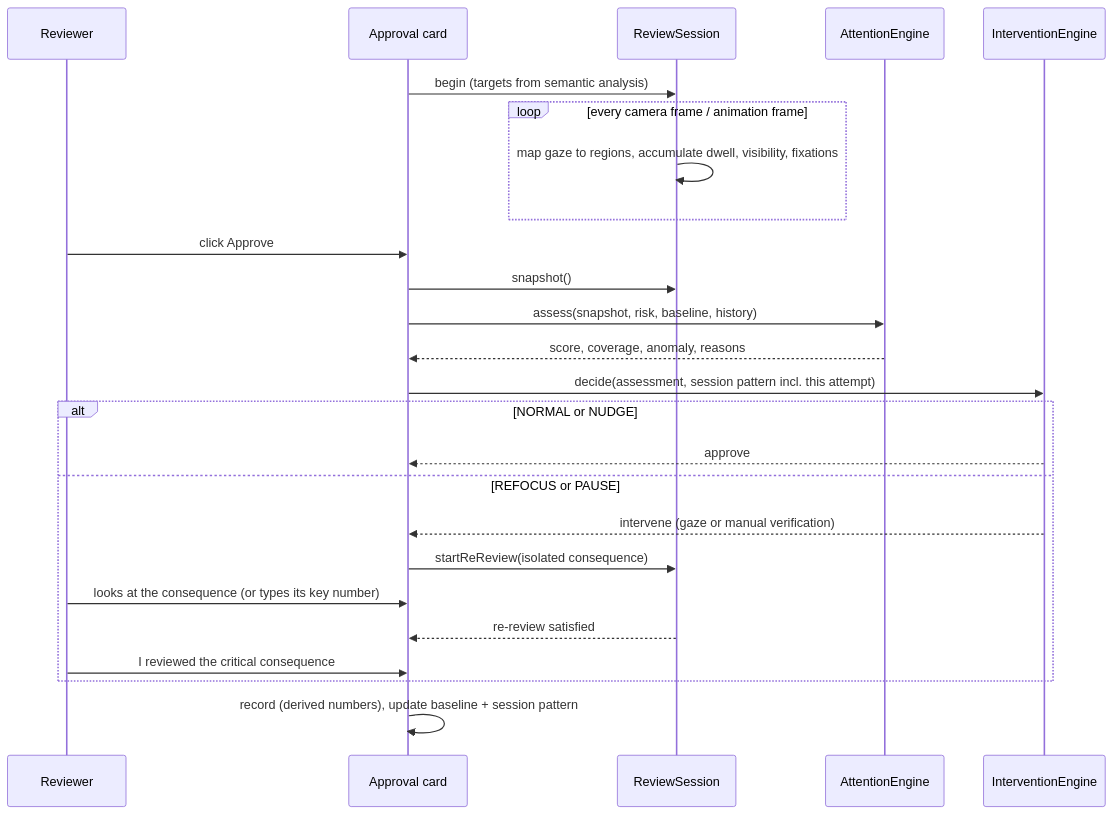
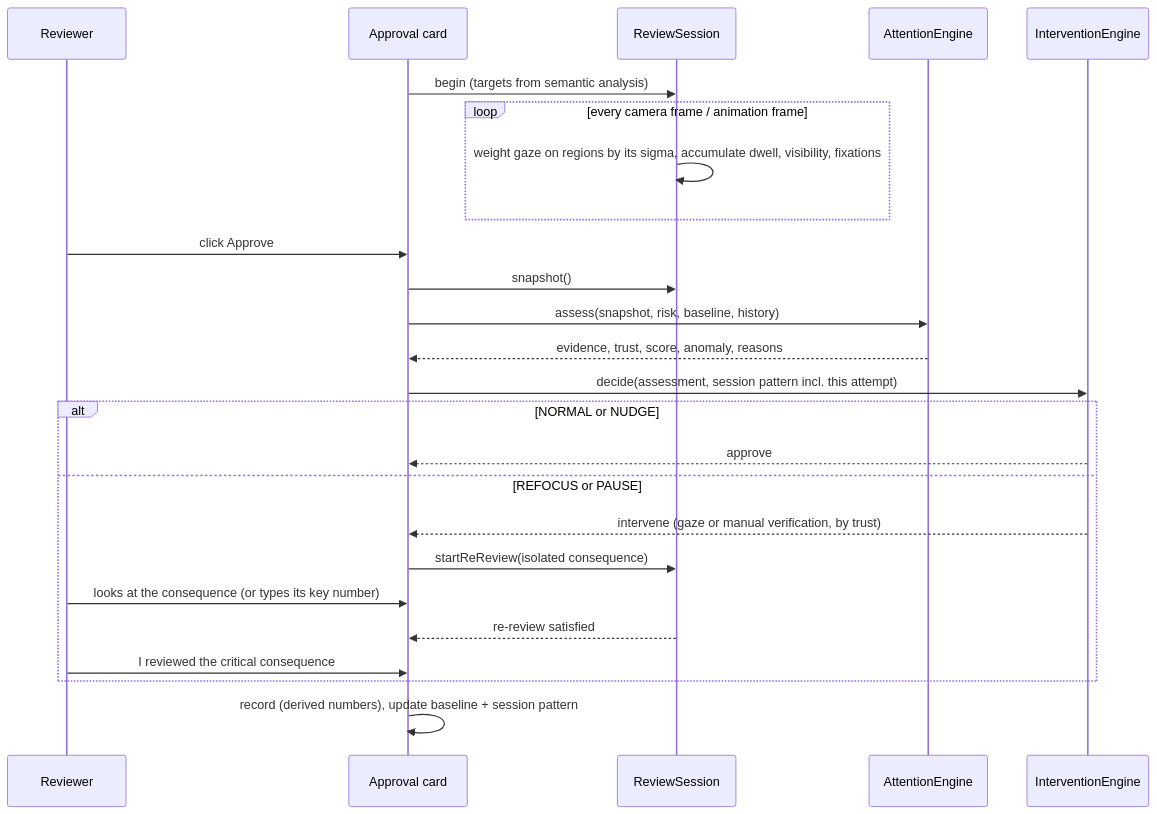
Before and after one commit to bilal-feroz/OverSight: the third of 4 diagrams in docs/ARCHITECTURE.md, drawn with Mermaid. The commit also changed other lines of this file and 12 other files, not shown here.

````diff
--- a/docs/ARCHITECTURE.md
+++ b/docs/ARCHITECTURE.md
@@ -76,27 +122,27 @@
 ```mermaid
 sequenceDiagram
   participant U as Reviewer
   participant C as Approval card
   participant T as ReviewSession
   participant E as AttentionEngine
   participant I as InterventionEngine
   C->>T: begin (targets from semantic analysis)
   loop every camera frame / animation frame
-    T->>T: map gaze to regions, accumulate dwell, visibility, fixations
+    T->>T: weight gaze on regions by its sigma, accumulate dwell, visibility, fixations
   end
   U->>C: click Approve
   C->>T: snapshot()
   C->>E: assess(snapshot, risk, baseline, history)
-  E-->>C: score, coverage, anomaly, reasons
+  E-->>C: evidence, trust, score, anomaly, reasons
   C->>I: decide(assessment, session pattern incl. this attempt)
   alt NORMAL or NUDGE
     I-->>C: approve
   else REFOCUS or PAUSE
-    I-->>C: intervene (gaze or manual verification)
+    I-->>C: intervene (gaze or manual verification, by trust)
     C->>T: startReReview(isolated consequence)
     U->>C: looks at the consequence (or types its key number)
     T-->>C: re-review satisfied
     U->>C: I reviewed the critical consequence
   end
   C->>C: record (derived numbers), update baseline + session pattern
 ```
````
